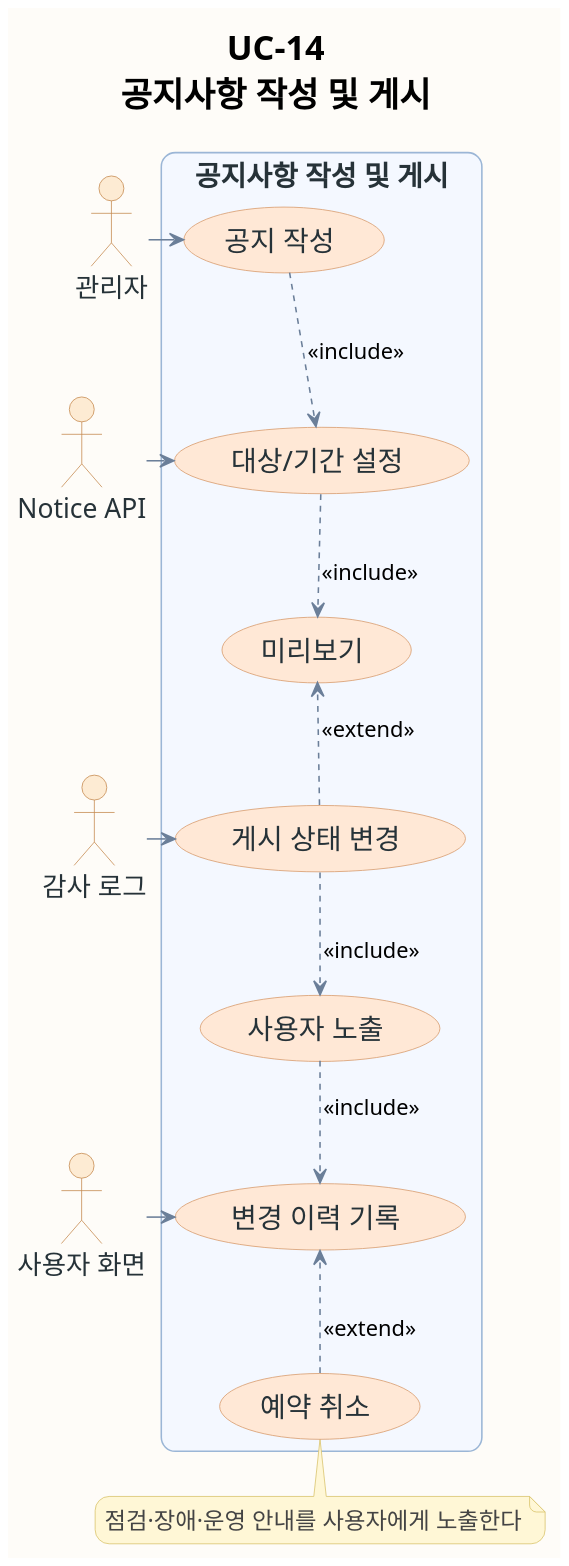
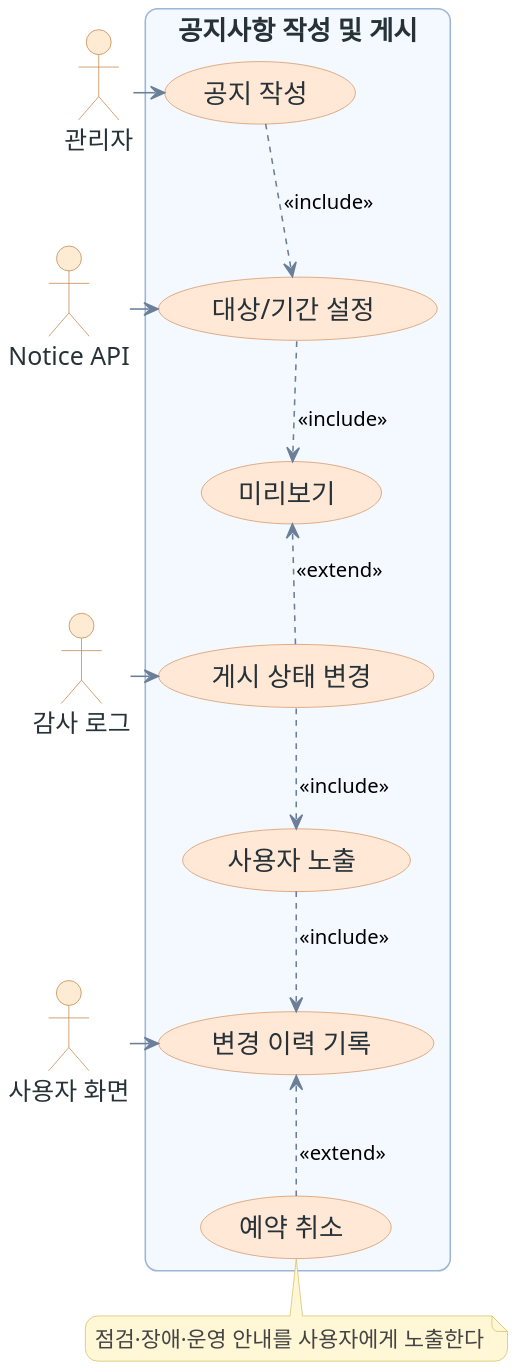
The diagram in assets/diagrams/usecase/uc-14-usecase.puml (ricky30825-creator/BMS), drawn with PlantUML before and after one commit. The commit also changed 32 other files, not shown here.

```diff
--- a/assets/diagrams/usecase/uc-14-usecase.puml
+++ b/assets/diagrams/usecase/uc-14-usecase.puml
@@ -1,73 +1,71 @@
 @startuml
 !pragma layout smetana
-skinparam backgroundColor #FEFCF8
+skinparam backgroundColor transparent
 skinparam shadowing false
 skinparam dpi 180
 skinparam defaultFontName "AppleGothic"
-skinparam defaultFontSize 18
-skinparam TitleFontSize 22
-skinparam ActorFontSize 17
-skinparam UsecaseFontSize 18
-skinparam NoteFontSize 15
-skinparam ArrowFontSize 14
-skinparam roundcorner 18
+skinparam defaultFontSize 17
+skinparam ActorFontSize 16
+skinparam UsecaseFontSize 17
+skinparam NoteFontSize 14
+skinparam ArrowFontSize 13
+skinparam roundcorner 16
 skinparam usecase {
   BackgroundColor #F8FAFC
   BorderColor #8EA7C2
   ArrowColor #6B7F99
   FontColor #263238
 }
 skinparam actor {
   BackgroundColor #FDEBD3
   BorderColor #C58A50
   FontColor #263238
 }
 skinparam rectangle {
   BackgroundColor #F4F8FF
   BorderColor #9BB6D6
   FontColor #263238
 }
 skinparam note {
   BackgroundColor #FFF7D6
   BorderColor #D9C36A
   FontColor #444444
 }
 top to bottom direction
 skinparam usecase {
   BackgroundColor #FFE8D6
   BorderColor #D79A6A
 }
-title UC-14\n공지사항 작성 및 게시
 actor "관리자" as A
 actor "Notice API" as S1
 actor "감사 로그" as S2
 actor "사용자 화면" as S3
 rectangle "공지사항 작성 및 게시" {
   usecase "공지 작성" as U1
   usecase "대상/기간 설정" as U2
   usecase "미리보기" as U3
   usecase "게시 상태 변경" as U4
   usecase "사용자 노출" as U5
   usecase "변경 이력 기록" as U6
   usecase "예약 취소" as U7
 }
 U1 -[hidden]down- U2
 U2 -[hidden]down- U3
 U3 -[hidden]down- U4
 U4 -[hidden]down- U5
 U5 -[hidden]down- U6
 U6 -[hidden]down- U7
 A -right-> U1
 S1 -left-> U2
 S2 -left-> U4
 S3 -left-> U6
 U1 ..> U2 : <<include>>
 U2 ..> U3 : <<include>>
 U4 ..> U3 : <<extend>>
 U4 ..> U5 : <<include>>
 U5 ..> U6 : <<include>>
 U7 ..> U6 : <<extend>>
 note bottom of U7
 점검·장애·운영 안내를 사용자에게 노출한다
 end note
 @enduml
```
